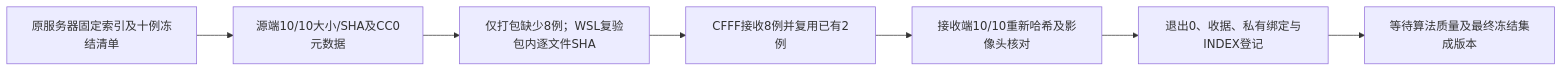
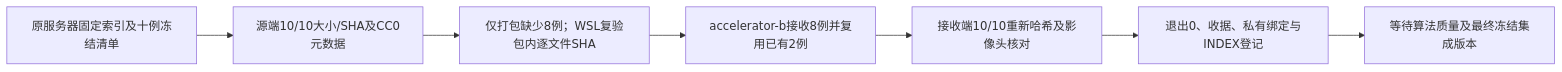
The diagram in validation/recon_all/optimizations/20261011_ten_input_transfer/README.md (weikanggong1/Fudan-Neuroimaging-toolkit), drawn with Mermaid before and after one commit. The commit also changed other lines of this file and 5497 other files, not shown here.

````diff
--- a/validation/recon_all/optimizations/20261011_ten_input_transfer/README.md
+++ b/validation/recon_all/optimizations/20261011_ten_input_transfer/README.md
@@ -7,9 +7,9 @@
 ```mermaid
 flowchart LR
  A[原服务器固定索引及十例冻结清单] --> B[源端10/10大小/SHA及CC0元数据]
  B --> C[仅打包缺少8例；WSL复验包内逐文件SHA]
- C --> D[CFFF接收8例并复用已有2例]
+ C --> D[accelerator-b接收8例并复用已有2例]
  D --> E[接收端10/10重新哈希及影像头核对]
  E --> F[退出0、收据、私有绑定与INDEX登记]
  F --> G[等待算法质量及最终冻结集成版本]
 ```
````
